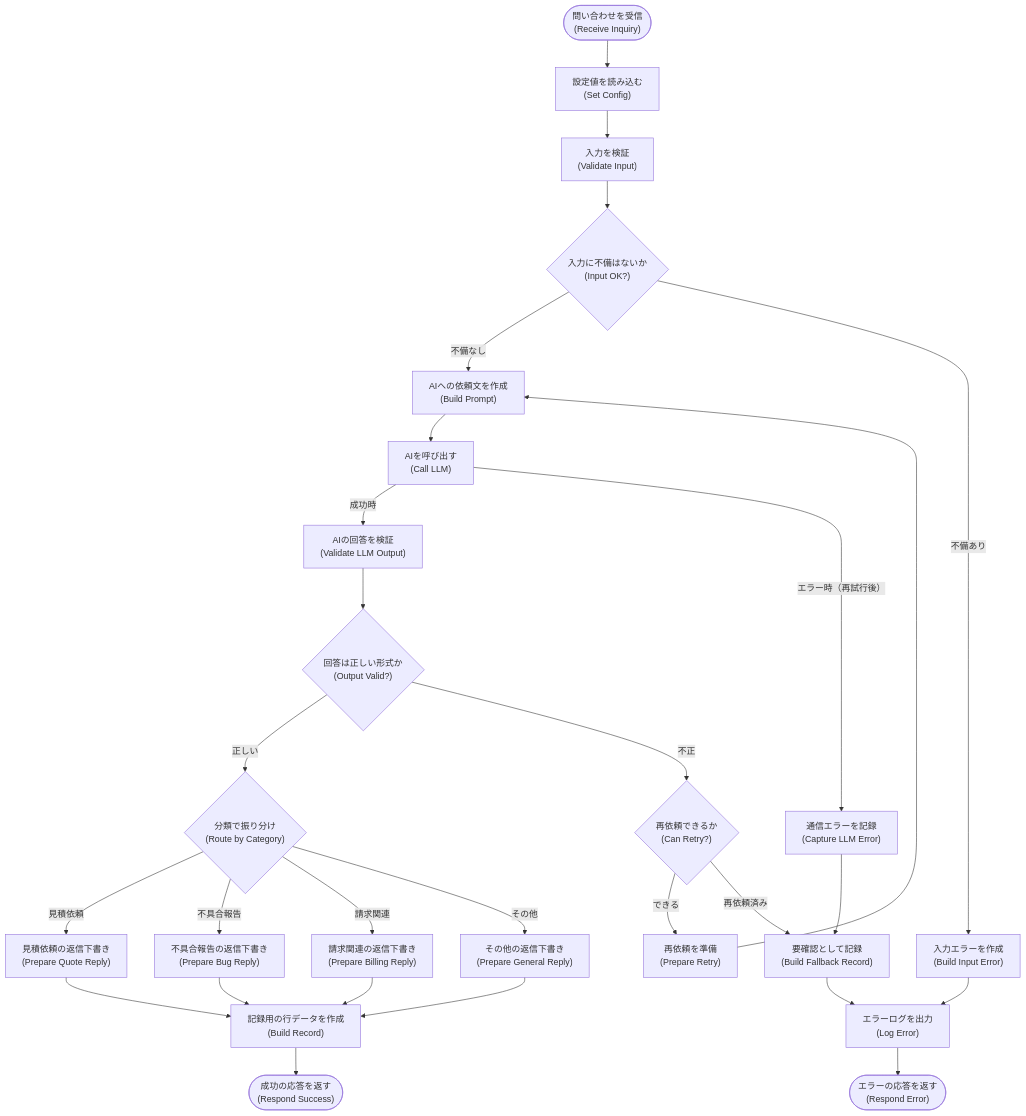
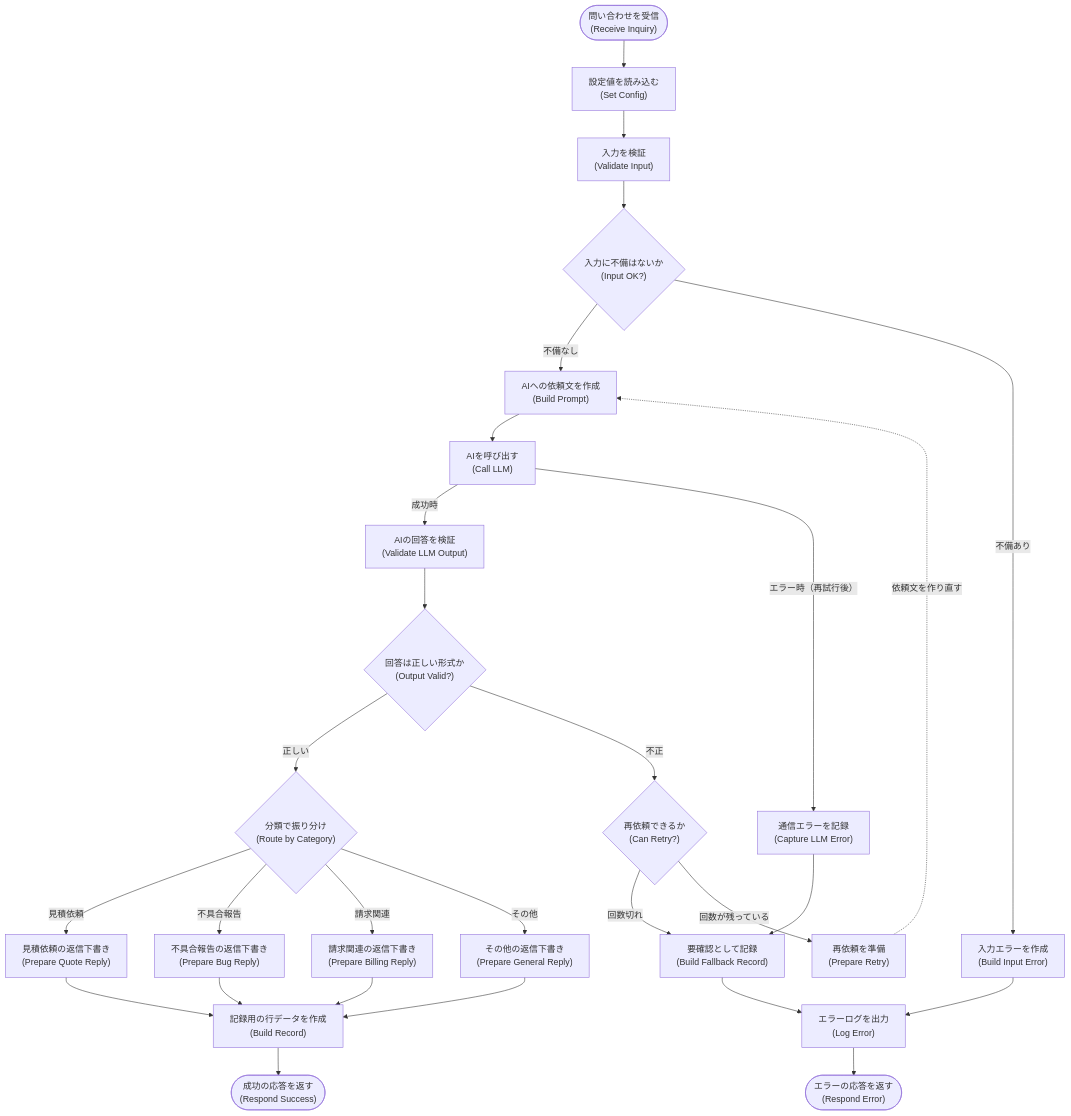
Before and after one commit to takato-y/n8n-ai-mail-triage: the diagram in docs/03_フロー設計.md, drawn with Mermaid. The commit also changed other lines of this file and 1 other file, not shown here.

Commit message:
docs: 再依頼の分岐ラベルを条件どおりに修正し、戻りの線の配置を改善

````diff
--- a/docs/03_フロー設計.md
+++ b/docs/03_フロー設計.md
@@ -39,22 +40,23 @@
 ```mermaid
 flowchart TD
     n1(["問い合わせを受信<br/>(Receive Inquiry)"]) --> n2["設定値を読み込む<br/>(Set Config)"] --> n3["入力を検証<br/>(Validate Input)"] --> n4{"入力に不備はないか<br/>(Input OK?)"}
     n4 -->|"不備なし"| n5["AIへの依頼文を作成<br/>(Build Prompt)"]
     n4 -->|"不備あり"| n6["入力エラーを作成<br/>(Build Input Error)"]
     n5 --> n7["AIを呼び出す<br/>(Call LLM)"]
     n7 -->|"成功時"| n9["AIの回答を検証<br/>(Validate LLM Output)"]
     n7 -->|"エラー時（再試行後）"| n10["通信エラーを記録<br/>(Capture LLM Error)"]
     n9 --> n12{"回答は正しい形式か<br/>(Output Valid?)"}
     n12 -->|"正しい"| n14{"分類で振り分け<br/>(Route by Category)"}
     n12 -->|"不正"| n15{"再依頼できるか<br/>(Can Retry?)"}
-    n15 -->|"できる"| n20["再依頼を準備<br/>(Prepare Retry)"] --> n5
-    n15 -->|"再依頼済み"| n13["要確認として記録<br/>(Build Fallback Record)"]
+    n15 -->|"回数切れ"| n13["要確認として記録<br/>(Build Fallback Record)"]
+    n15 -->|"回数が残っている"| n20["再依頼を準備<br/>(Prepare Retry)"]
+    n20 -. "依頼文を作り直す" .-> n5
     n14 -->|"見積依頼"| n16["見積依頼の返信下書き<br/>(Prepare Quote Reply)"]
     n14 -->|"不具合報告"| n17["不具合報告の返信下書き<br/>(Prepare Bug Reply)"]
     n14 -->|"請求関連"| n18["請求関連の返信下書き<br/>(Prepare Billing Reply)"]
     n14 -->|"その他"| n19["その他の返信下書き<br/>(Prepare General Reply)"]
     n16 & n17 & n18 & n19 --> n21["記録用の行データを作成<br/>(Build Record)"] --> n22(["成功の応答を返す<br/>(Respond Success)"])
     n6 --> n8["エラーログを出力<br/>(Log Error)"]
     n10 --> n13
     n13 --> n8 --> n11(["エラーの応答を返す<br/>(Respond Error)"])
 ```
````
